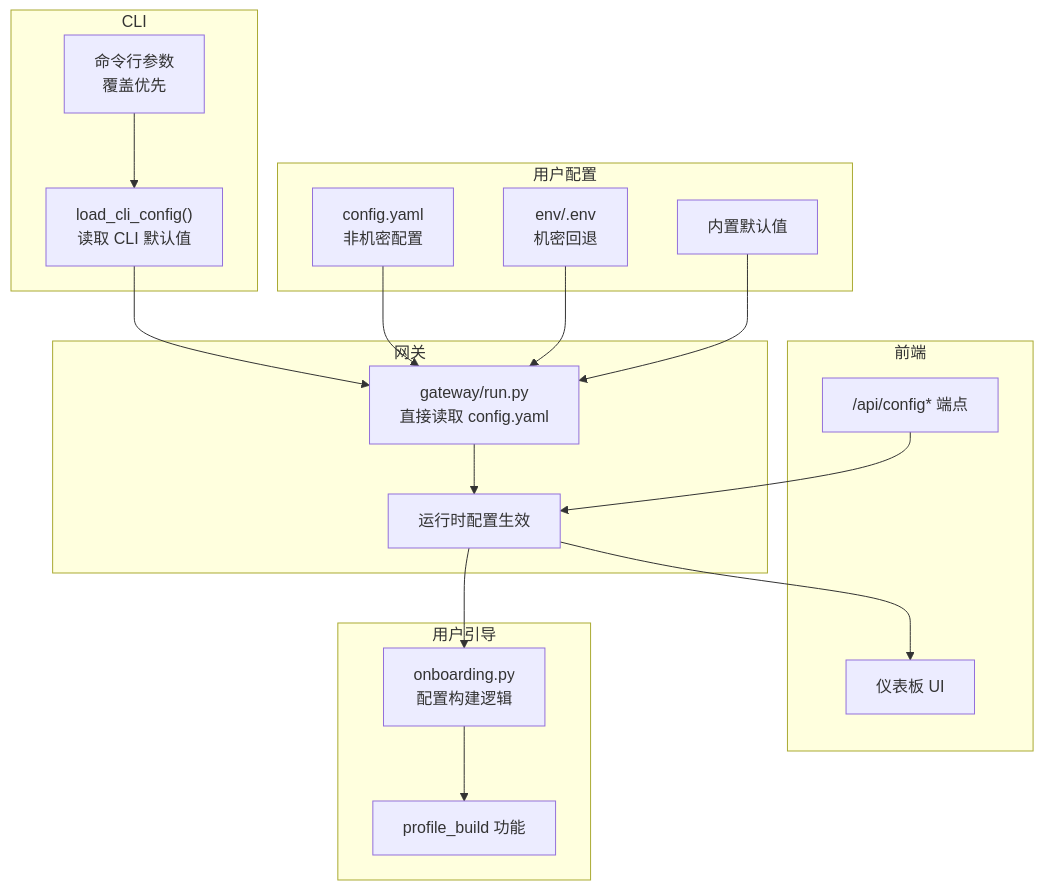
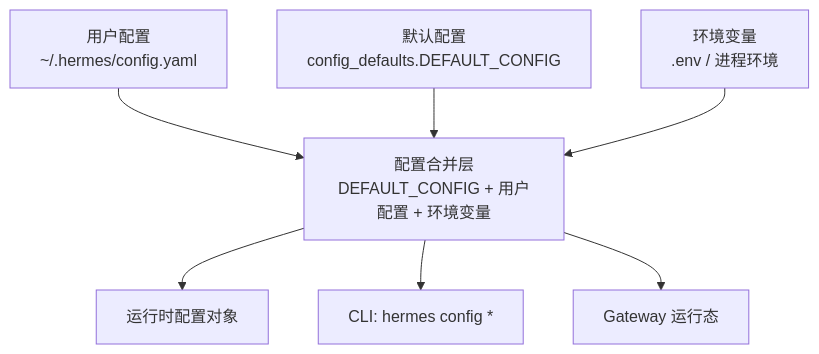
The first of 3 diagrams in .qoder/repowiki/zh/content/命令行界面/配置管理.md (haolange/hermes-agent), drawn with Mermaid before and after one commit. The commit also changed other lines of this file and 1206 other files, not shown here.

````diff
--- a/.qoder/repowiki/zh/content/命令行界面/配置管理.md
+++ b/.qoder/repowiki/zh/content/命令行界面/配置管理.md
@@ -93,34 +46,9 @@
 ```mermaid
 graph TB
-subgraph "CLI"
-CLI_Load["load_cli_config()<br/>读取 CLI 默认值"]
-CLI_Args["命令行参数<br/>覆盖优先"]
-end
-subgraph "用户配置"
-Yaml["config.yaml<br/>非机密配置"]
-Env["env/.env<br/>机密回退"]
-Defaults["内置默认值"]
-end
-subgraph "网关"
-GW_Load["gateway/run.py<br/>直接读取 config.yaml"]
-GW_Runtime["运行时配置生效"]
-end
-subgraph "前端"
-FE_API["/api/config* 端点"]
-FE_UI["仪表板 UI"]
-end
-subgraph "用户引导"
-Onboarding["onboarding.py<br/>配置构建逻辑"]
-ProfileBuild["profile_build 功能"]
-end
-CLI_Args --> CLI_Load
-CLI_Load --> GW_Load
-Yaml --> GW_Load
-Env --> GW_Load
-Defaults --> GW_Load
-GW_Load --> GW_Runtime
-GW_Runtime --> Onboarding
-Onboarding --> ProfileBuild
-FE_API --> GW_Runtime
-GW_Runtime --> FE_UI
+A["用户配置<br/>~/.hermes/config.yaml"] --> C["配置合并层<br/>DEFAULT_CONFIG + 用户配置 + 环境变量"]
+B["默认配置<br/>config_defaults.DEFAULT_CONFIG"] --> C
+D["环境变量<br/>.env / 进程环境"] --> C
+C --> E["运行时配置对象"]
+C --> F["CLI: hermes config *"]
+C --> G["Gateway 运行态"]
 ```
````
